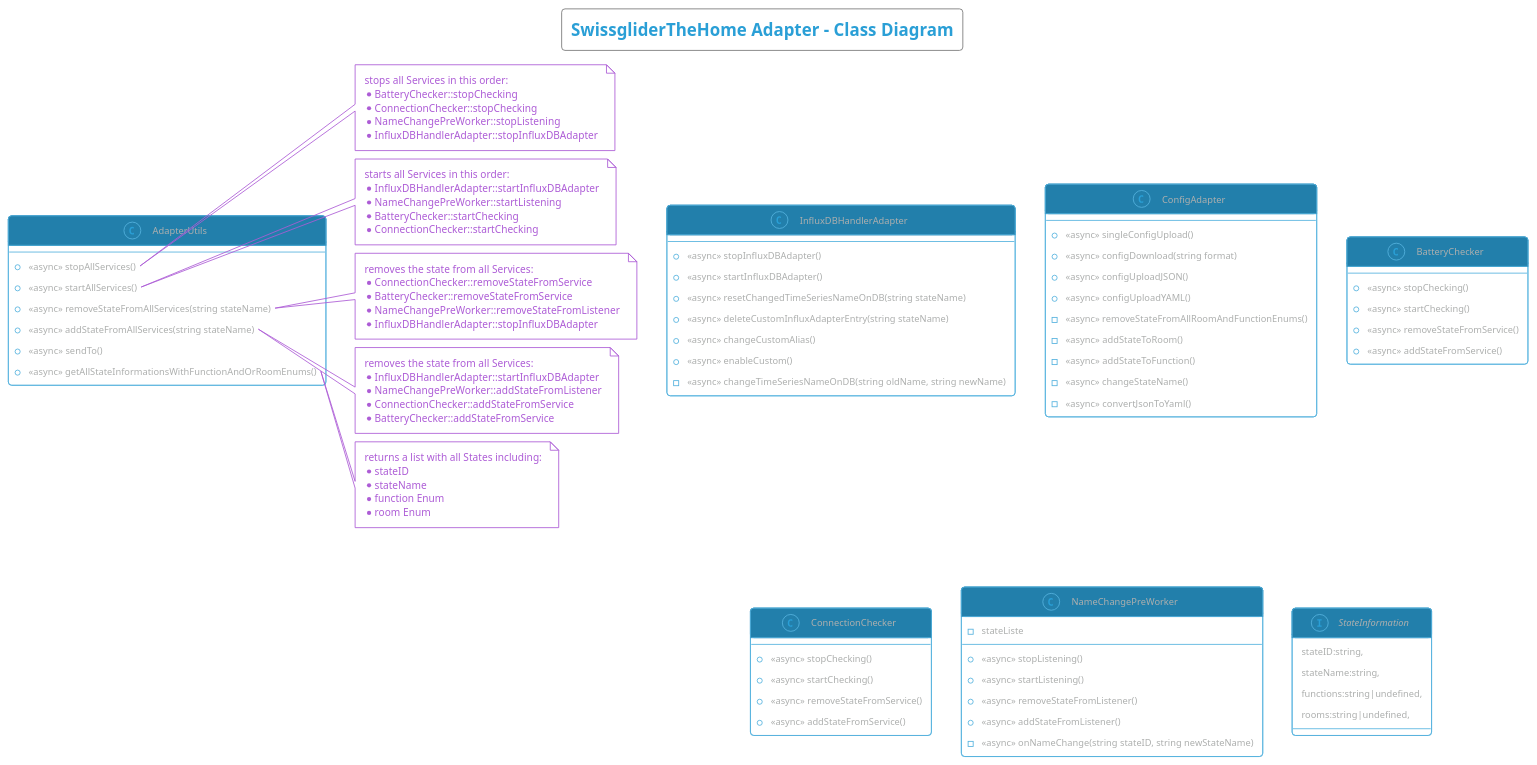
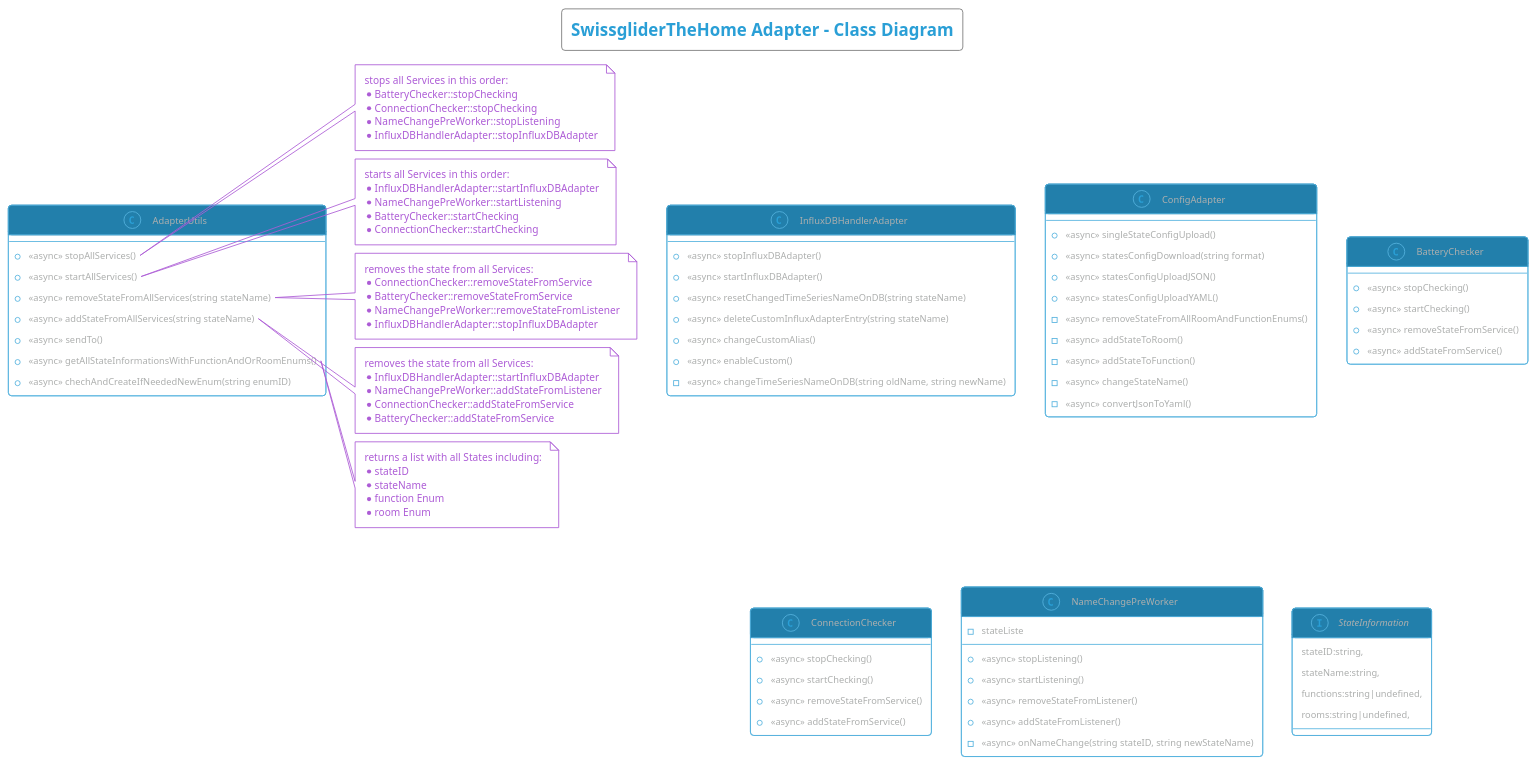
The diagram in docu/plantuml/server/SwissgliderTheHome - Class Diagram.iuml (swissglider/iobroker.thehome), drawn with PlantUML before and after one commit. The commit also changed 42 other files, not shown here.

Commit message:
Upload / Download ConfigFile / SingleStateConfig Upload UseCase Implemented

```diff
--- a/docu/plantuml/server/SwissgliderTheHome - Class Diagram.iuml
+++ b/docu/plantuml/server/SwissgliderTheHome - Class Diagram.iuml
@@ -1,106 +1,107 @@
 @startuml
 !theme cyborg-outline
 
 title
     SwissgliderTheHome Adapter - Class Diagram
 end title
 
 class InfluxDBHandlerAdapter {
     + <<async>> stopInfluxDBAdapter()
     + <<async>> startInfluxDBAdapter()
     + <<async>> resetChangedTimeSeriesNameOnDB(string stateName)
     + <<async>> deleteCustomInfluxAdapterEntry(string stateName)
     + <<async>> changeCustomAlias()
     + <<async>> enableCustom()
     - <<async>> changeTimeSeriesNameOnDB(string oldName, string newName)
 
 }
 class ConfigAdapter {
-    + <<async>> singleConfigUpload()
-    + <<async>> configDownload(string format)
-    + <<async>> configUploadJSON()
-    + <<async>> configUploadYAML()
+    + <<async>> singleStateConfigUpload()
+    + <<async>> statesConfigDownload(string format)
+    + <<async>> statesConfigUploadJSON()
+    + <<async>> statesConfigUploadYAML()
     - <<async>> removeStateFromAllRoomAndFunctionEnums()
     - <<async>> addStateToRoom()
     - <<async>> addStateToFunction()
     - <<async>> changeStateName()
     - <<async>> convertJsonToYaml()
 }
 
 class BatteryChecker {
     + <<async>> stopChecking()
     + <<async>> startChecking()
     + <<async>> removeStateFromService()
     + <<async>> addStateFromService()
 }
 class ConnectionChecker {
     + <<async>> stopChecking()
     + <<async>> startChecking()
     + <<async>> removeStateFromService()
     + <<async>> addStateFromService()
 }
 class NameChangePreWorker {
     - stateListe
     + <<async>> stopListening()
     + <<async>> startListening()
     + <<async>> removeStateFromListener()
     + <<async>> addStateFromListener()
     - <<async>> onNameChange(string stateID, string newStateName)
 }
 
 interface StateInformation {
     stateID:string,
     stateName:string,
     functions:string|undefined,
     rooms:string|undefined,
 }
 
 class AdapterUtils {
     + <<async>> stopAllServices()
     + <<async>> startAllServices()
     + <<async>> removeStateFromAllServices(string stateName)
     + <<async>> addStateFromAllServices(string stateName)
     + <<async>> sendTo()
     + <<async>> getAllStateInformationsWithFunctionAndOrRoomEnums()
+    + <<async>> chechAndCreateIfNeededNewEnum(string enumID)
 }
 note right of AdapterUtils::stopAllServices
     stops all Services in this order:
     * BatteryChecker::stopChecking
     * ConnectionChecker::stopChecking
     * NameChangePreWorker::stopListening
     * InfluxDBHandlerAdapter::stopInfluxDBAdapter
 end note
 
 note right of AdapterUtils::startAllServices
     starts all Services in this order:
     * InfluxDBHandlerAdapter::startInfluxDBAdapter
     * NameChangePreWorker::startListening
     * BatteryChecker::startChecking
     * ConnectionChecker::startChecking
 end note
 
 note right of AdapterUtils::removeStateFromAllServices
     removes the state from all Services:
     * ConnectionChecker::removeStateFromService
     * BatteryChecker::removeStateFromService
     * NameChangePreWorker::removeStateFromListener
     * InfluxDBHandlerAdapter::stopInfluxDBAdapter
 end note
 
 note right of AdapterUtils::addStateFromAllServices
     removes the state from all Services:
     * InfluxDBHandlerAdapter::startInfluxDBAdapter
     * NameChangePreWorker::addStateFromListener
     * ConnectionChecker::addStateFromService
     * BatteryChecker::addStateFromService
 end note
 
 note right of AdapterUtils::getAllStateInformationsWithFunctionAndOrRoomEnums
     returns a list with all States including:
     * stateID
     * stateName
     * function Enum
     * room Enum
 end note
 
 @enduml
```
